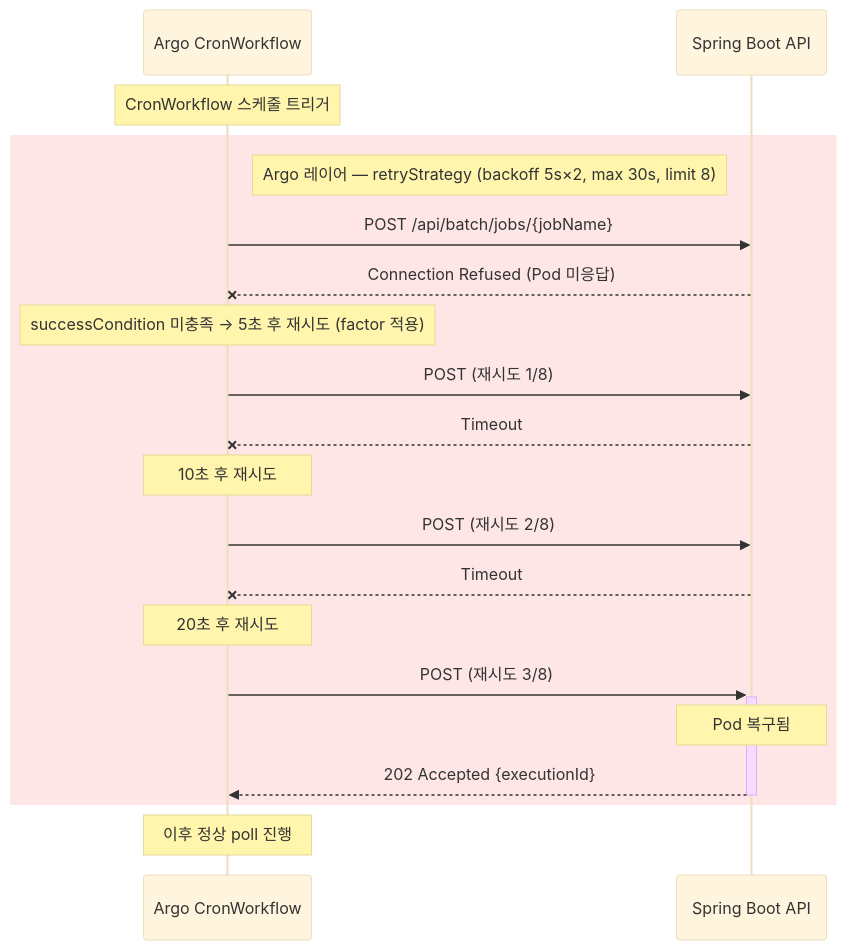
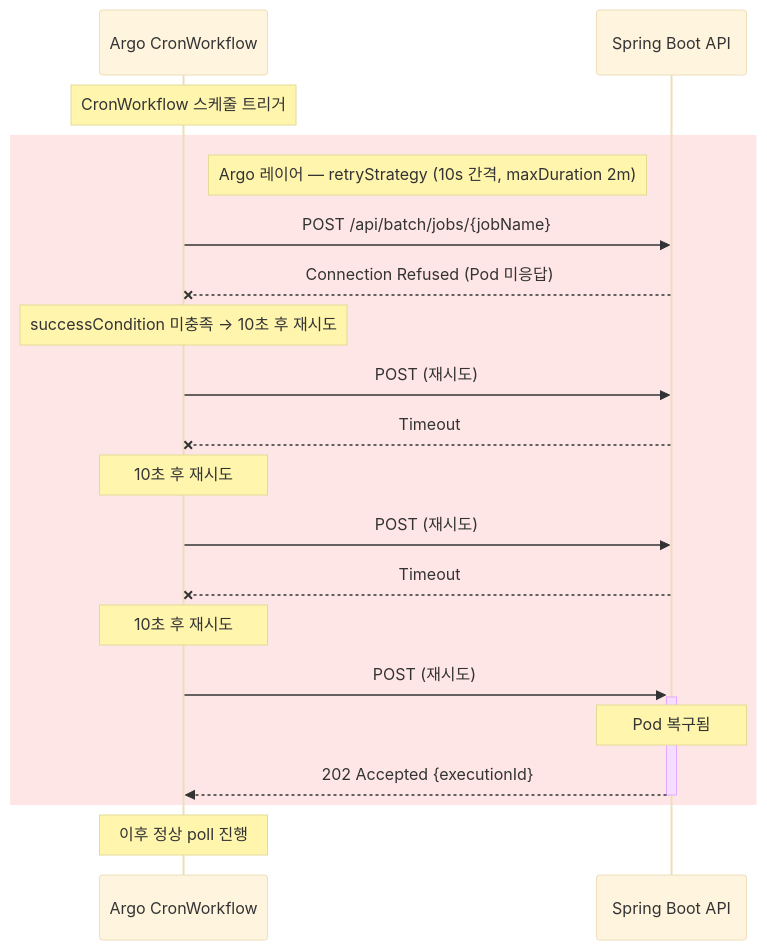
One commit to sanggi-wjg/kotlin-spring-boot-demos changed the third of 5 diagrams in spring-batch-argo-workflows/docs/architecture.md. Above: the diagram before and after it, drawn with Mermaid (base theme). The commit also changed other lines of this file and 3 other files, not shown here.

Commit message:
Refine Argo workflows by adjusting polling intervals, retry/backoff settings, and dependencies. Update comments, README, architecture docs, and HTTP status codes for improved clarity and consistency.

````diff
--- a/spring-batch-argo-workflows/docs/architecture.md
+++ b/spring-batch-argo-workflows/docs/architecture.md
@@ -180,24 +180,24 @@
 ```mermaid
 sequenceDiagram
     participant Argo as Argo CronWorkflow
     participant API as Spring Boot API
     Note over Argo: CronWorkflow 스케줄 트리거
 
     rect rgb(255, 230, 230)
-        Note right of Argo: Argo 레이어 — retryStrategy (backoff 5s×2, max 30s, limit 8)
+        Note right of Argo: Argo 레이어 — retryStrategy (10s 간격, maxDuration 2m)
         Argo ->> API: POST /api/batch/jobs/{jobName}
         API --x Argo: Connection Refused (Pod 미응답)
-        Note over Argo: successCondition 미충족 → 5초 후 재시도 (factor 적용)
-        Argo ->> API: POST (재시도 1/8)
+        Note over Argo: successCondition 미충족 → 10초 후 재시도
+        Argo ->> API: POST (재시도)
         API --x Argo: Timeout
         Note over Argo: 10초 후 재시도
-        Argo ->> API: POST (재시도 2/8)
+        Argo ->> API: POST (재시도)
         API --x Argo: Timeout
-        Note over Argo: 20초 후 재시도
-        Argo ->>+ API: POST (재시도 3/8)
+        Note over Argo: 10초 후 재시도
+        Argo ->>+ API: POST (재시도)
         Note over API: Pod 복구됨
         API -->>- Argo: 202 Accepted {executionId}
     end
 
     Note over Argo: 이후 정상 poll 진행
 ```
````
